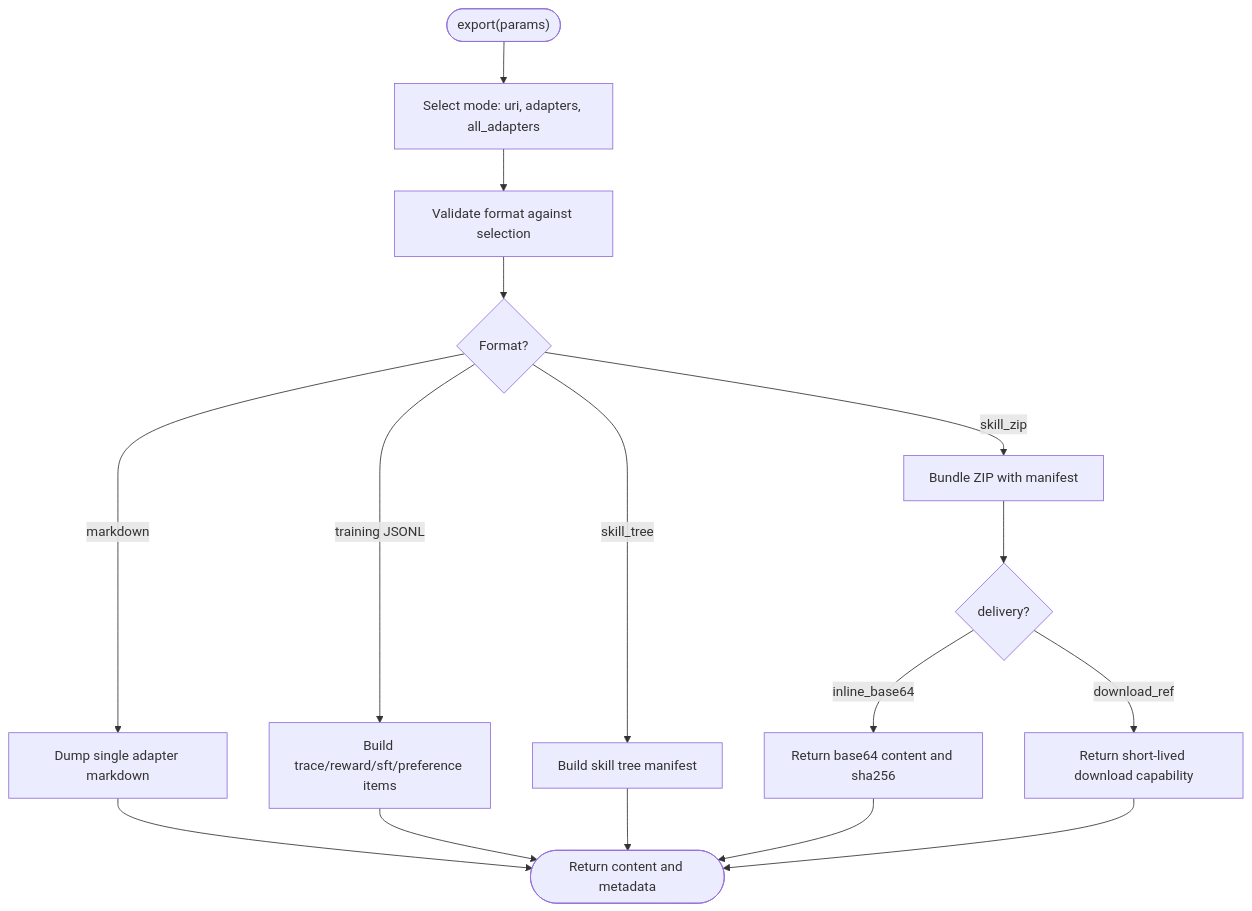
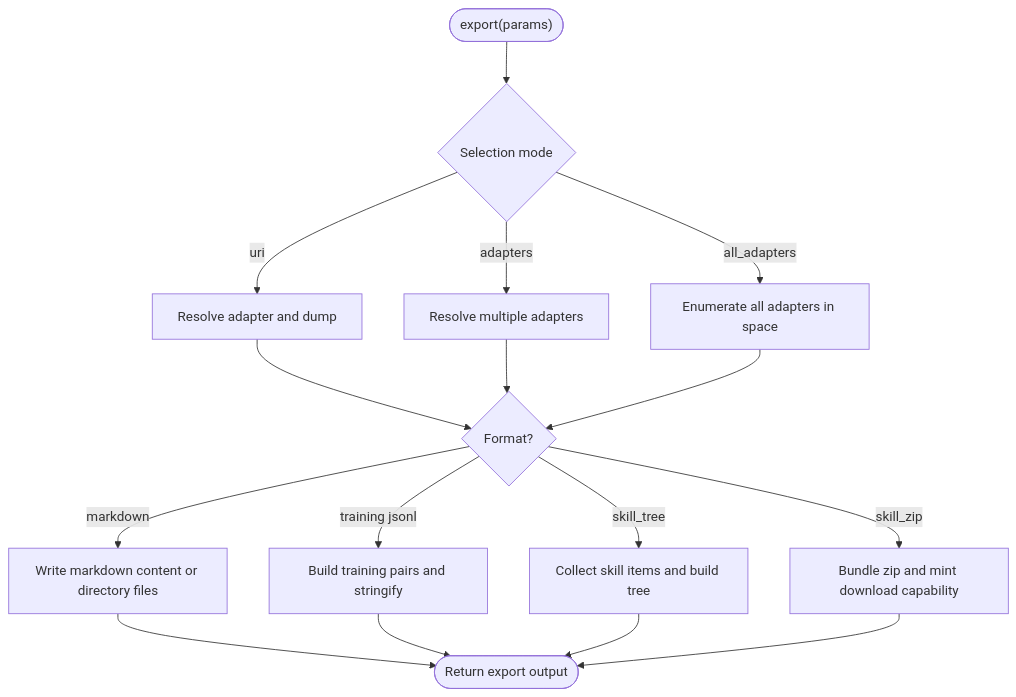
The ninth of 11 diagrams in .qoder/repowiki/en/content/MCP Tools Reference/MCP Tools Reference.md (SquadRules/mcp), drawn with Mermaid before and after one commit. The commit also changed other lines of this file and 553 other files, not shown here.

````diff
--- a/.qoder/repowiki/en/content/MCP Tools Reference/MCP Tools Reference.md
+++ b/.qoder/repowiki/en/content/MCP Tools Reference/MCP Tools Reference.md
@@ -543,18 +494,18 @@
 ```mermaid
 flowchart TD
-Start(["export(params)"]) --> SelectMode["Select mode: uri, adapters, all_adapters"]
-SelectMode --> ValidateFormat["Validate format against selection"]
-ValidateFormat --> Branch{"Format?"}
-Branch --> |markdown| DumpMarkdown["Dump single adapter markdown"]
-Branch --> |training JSONL| BuildTraining["Build trace/reward/sft/preference items"]
-Branch --> |skill_tree| BuildTree["Build skill tree manifest"]
-Branch --> |skill_zip| BundleZip["Bundle ZIP with manifest"]
-BundleZip --> Delivery{"delivery?"}
-Delivery --> |inline_base64| InlineBase64["Return base64 content and sha256"]
-Delivery --> |download_ref| DownloadRef["Return short-lived download capability"]
-DumpMarkdown --> Output(["Return content and metadata"])
-BuildTraining --> Output
-BuildTree --> Output
-InlineBase64 --> Output
-DownloadRef --> Output
+Start(["export(params)"]) --> SelectMode{"Selection mode"}
+SelectMode --> |uri| SingleExport["Resolve adapter and dump"]
+SelectMode --> |adapters| MultiExport["Resolve multiple adapters"]
+SelectMode --> |all_adapters| AllExport["Enumerate all adapters in space"]
+SingleExport --> Format{"Format?"}
+MultiExport --> Format
+AllExport --> Format
+Format --> |markdown| WriteMarkdown["Write markdown content or directory files"]
+Format --> |training jsonl| BuildTraining["Build training pairs and stringify"]
+Format --> |skill_tree| BuildTree["Collect skill items and build tree"]
+Format --> |skill_zip| BundleZip["Bundle zip and mint download capability"]
+WriteMarkdown --> Return(["Return export output"])
+BuildTraining --> Return
+BuildTree --> Return
+BundleZip --> Return
 ```
````
